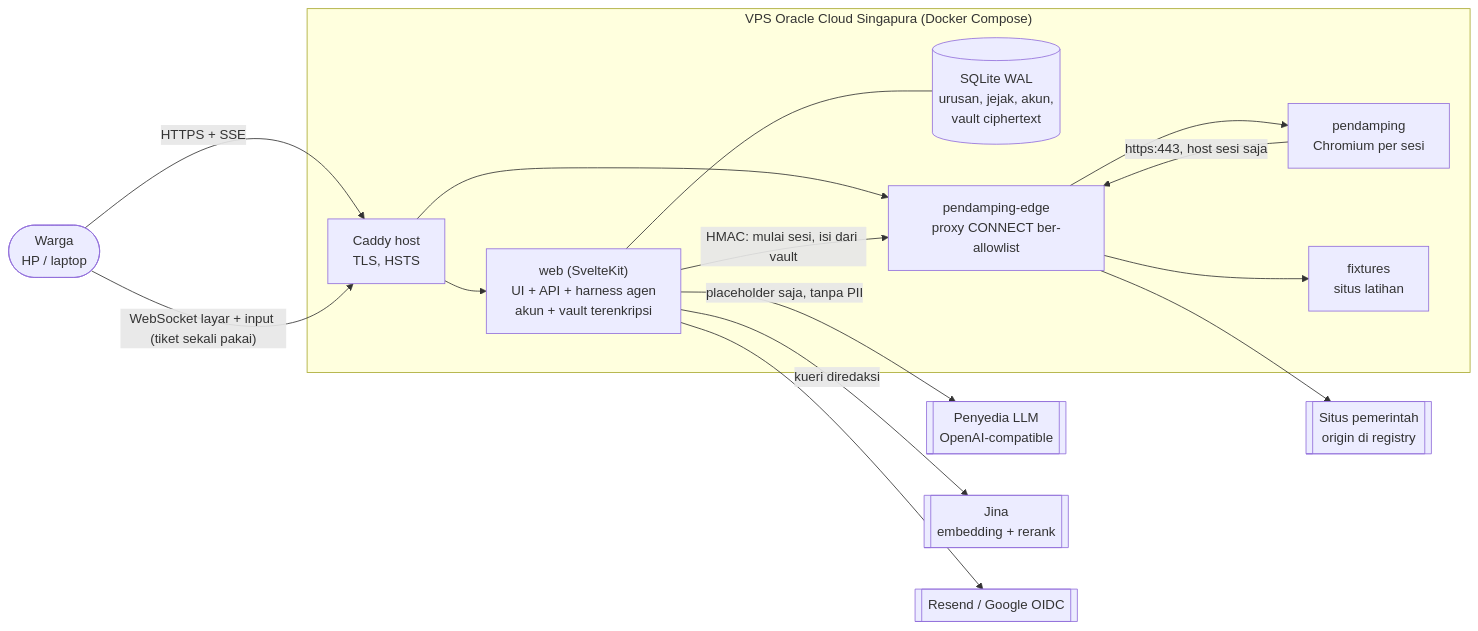
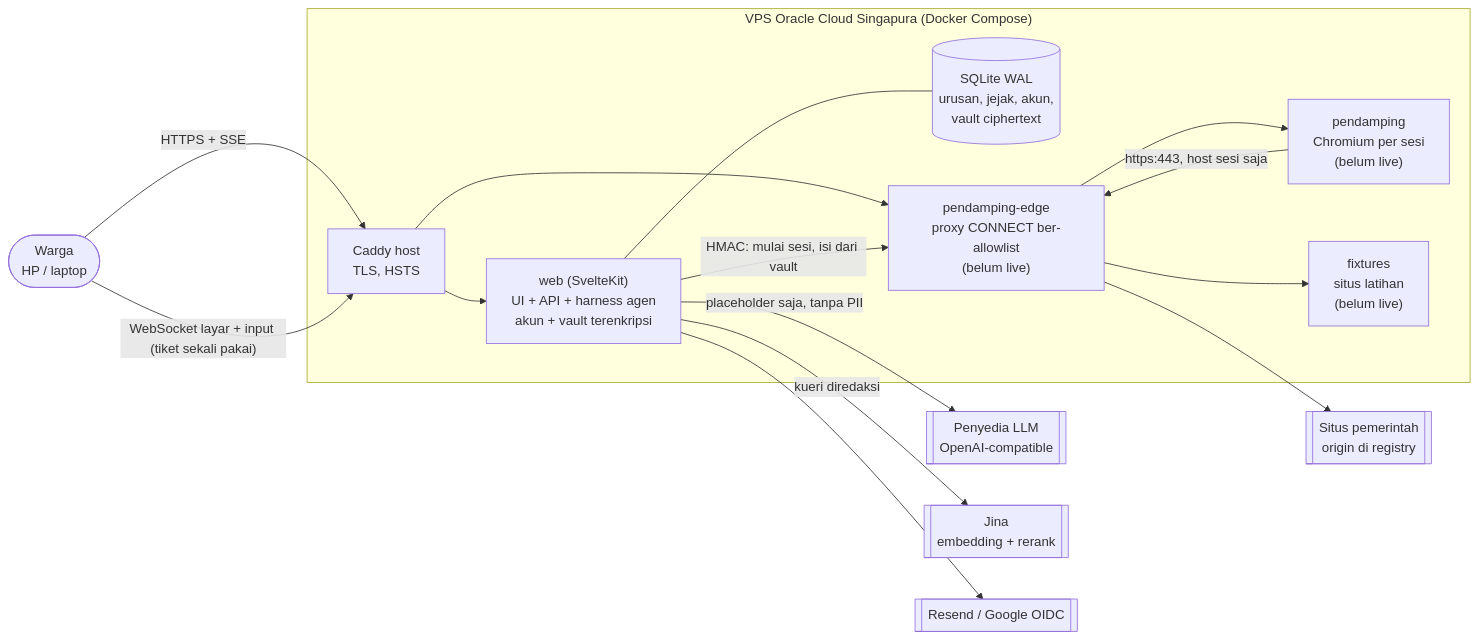
The diagram in README.md (bynguts/urusin), drawn with Mermaid before and after one commit. The commit also changed other lines of this file, not shown here.

First line of the commit message:
docs: mark what is live in the README and link the demo docs

````diff
--- a/README.md
+++ b/README.md
@@ -111,26 +127,26 @@
 ```mermaid
 flowchart LR
   W([Warga<br/>HP / laptop])
   subgraph VPS["VPS Oracle Cloud Singapura (Docker Compose)"]
     C[Caddy host<br/>TLS, HSTS]
     WEB["web (SvelteKit)<br/>UI + API + harness agen<br/>akun + vault terenkripsi"]
     DB[(SQLite WAL<br/>urusan, jejak, akun,<br/>vault ciphertext)]
-    PD["pendamping<br/>Chromium per sesi"]
-    EDGE["pendamping-edge<br/>proxy CONNECT ber-allowlist"]
-    FX[fixtures<br/>situs latihan]
+    PD["pendamping<br/>Chromium per sesi<br/>(belum live)"]
+    EDGE["pendamping-edge<br/>proxy CONNECT ber-allowlist<br/>(belum live)"]
+    FX["fixtures<br/>situs latihan<br/>(belum live)"]
   end
   LLM[[Penyedia LLM<br/>OpenAI-compatible]]
   JINA[[Jina<br/>embedding + rerank]]
   GOV[[Situs pemerintah<br/>origin di registry]]
   RES[[Resend / Google OIDC]]
 
   W -- "HTTPS + SSE" --> C --> WEB
   W -- "WebSocket layar + input (tiket sekali pakai)" --> C --> EDGE --> PD
   WEB --- DB
   WEB -- "HMAC: mulai sesi, isi dari vault" --> EDGE
   WEB -- "placeholder saja, tanpa PII" --> LLM
   WEB -- "kueri diredaksi" --> JINA
   WEB --> RES
   PD -- "https:443, host sesi saja" --> EDGE --> GOV
   EDGE --> FX
 ```
````
